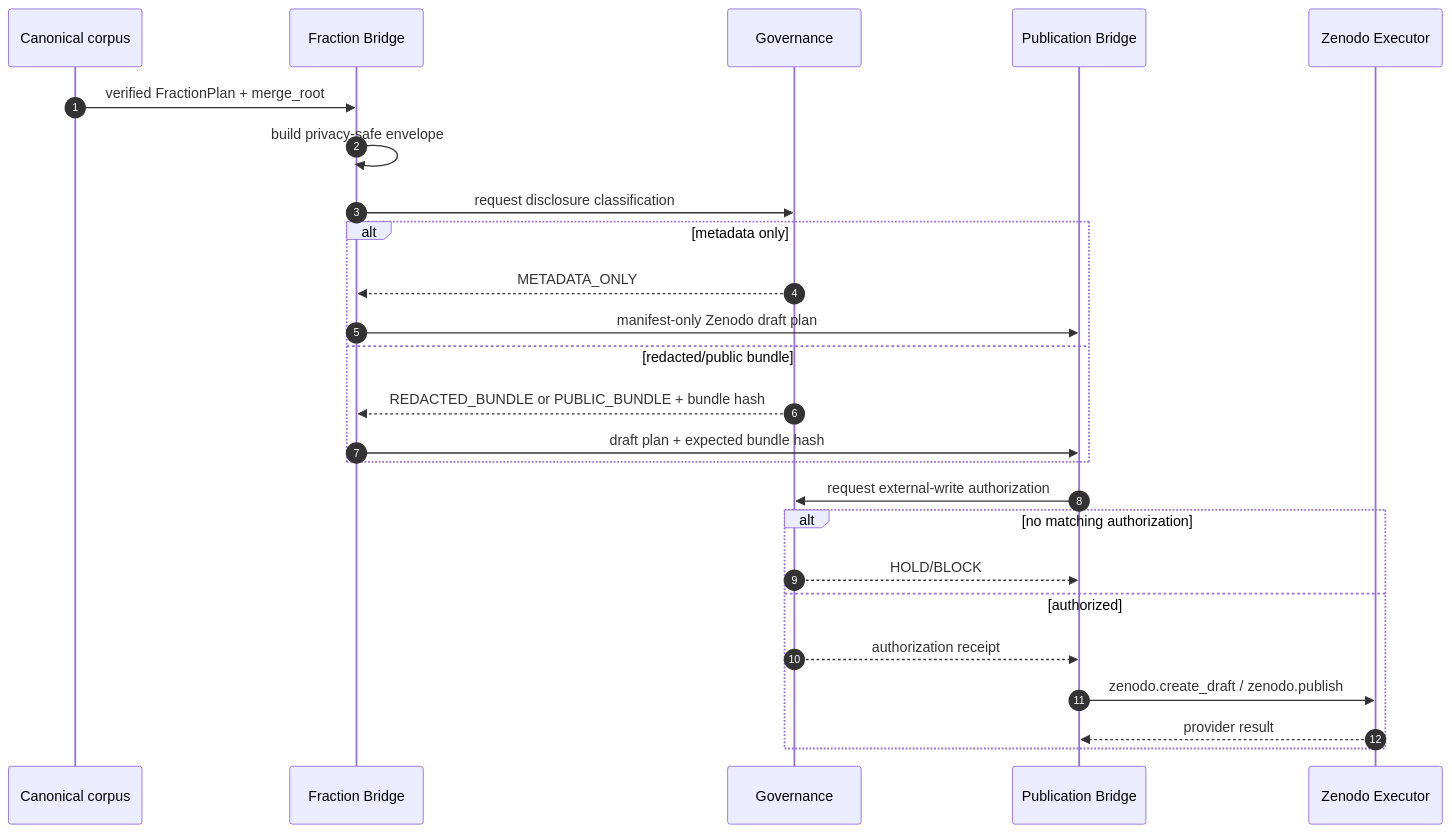
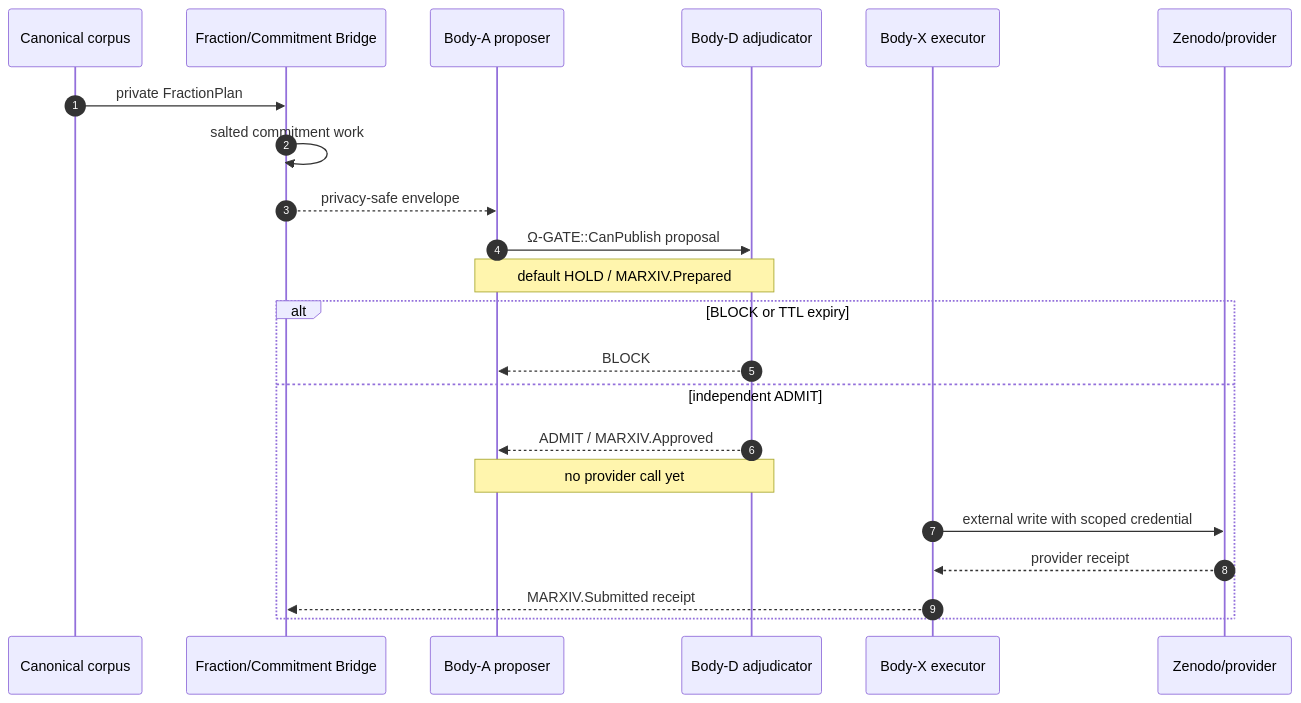
Before and after one commit to MatVerse-py/Gpt-project-bridge: the fourth of 6 diagrams in docs/MATVERSE_SYSTEM_DIAGRAMS.md, drawn with Mermaid. The commit also changed other lines of this file, not shown here.

Commit message:
docs: update diagrams for commitments, coverage closure and CanPublish

````diff
--- a/docs/MATVERSE_SYSTEM_DIAGRAMS.md
+++ b/docs/MATVERSE_SYSTEM_DIAGRAMS.md
@@ -86,28 +93,25 @@
 ```mermaid
 sequenceDiagram
     autonumber
     participant C as Canonical corpus
-    participant F as Fraction Bridge
-    participant G as Governance
-    participant P as Publication Bridge
-    participant Z as Zenodo Executor
+    participant F as Fraction/Commitment Bridge
+    participant A as Body-A proposer
+    participant D as Body-D adjudicator
+    participant X as Body-X executor
+    participant Z as Zenodo/provider
 
-    C->>F: verified FractionPlan + merge_root
-    F->>F: build privacy-safe envelope
-    F->>G: request disclosure classification
-    alt metadata only
-        G-->>F: METADATA_ONLY
-        F->>P: manifest-only Zenodo draft plan
-    else redacted/public bundle
-        G-->>F: REDACTED_BUNDLE or PUBLIC_BUNDLE + bundle hash
-        F->>P: draft plan + expected bundle hash
-    end
-    P->>G: request external-write authorization
-    alt no matching authorization
-        G-->>P: HOLD/BLOCK
-    else authorized
-        G-->>P: authorization receipt
-        P->>Z: zenodo.create_draft / zenodo.publish
-        Z-->>P: provider result
+    C->>F: private FractionPlan
+    F->>F: salted commitment work
+    F-->>A: privacy-safe envelope
+    A->>D: Ω-GATE::CanPublish proposal
+    Note over A,D: default HOLD / MARXIV.Prepared
+    alt BLOCK or TTL expiry
+        D-->>A: BLOCK
+    else independent ADMIT
+        D-->>A: ADMIT / MARXIV.Approved
+        Note over A,D: no provider call yet
+        X->>Z: external write with scoped credential
+        Z-->>X: provider receipt
+        X-->>F: MARXIV.Submitted receipt
     end
 ```
````
